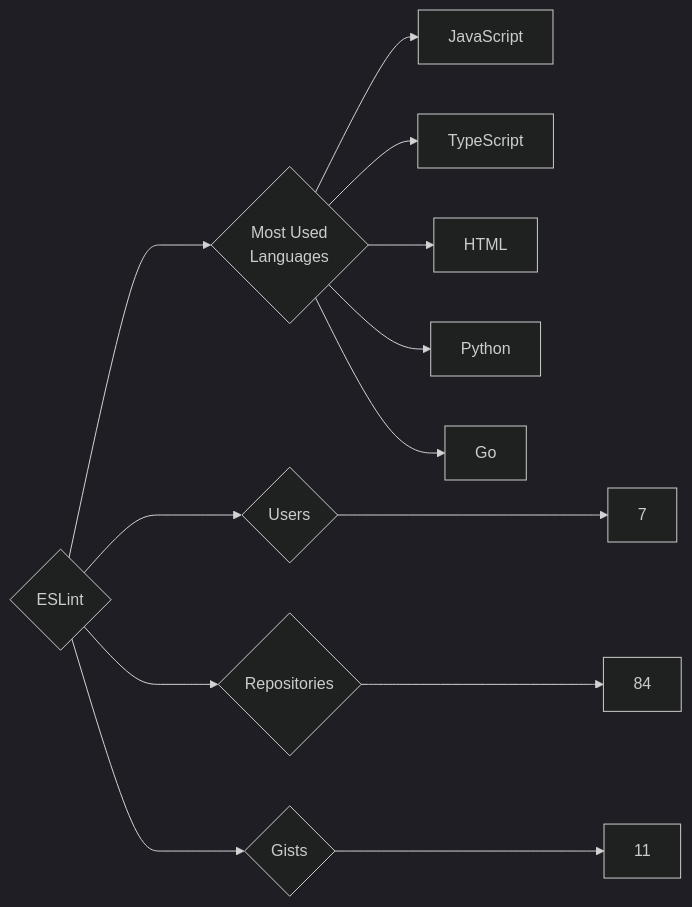
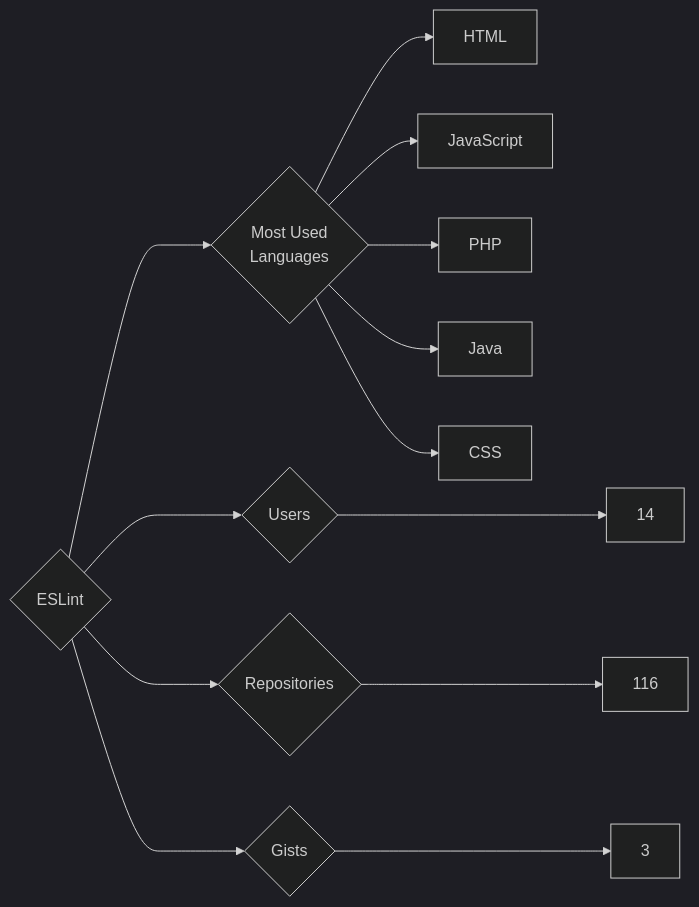
The diagram in targets/ESLint/README.md (trickest/insiders), drawn with Mermaid (dark theme) before and after one commit. The commit also changed 1149 other files, not shown here.

````diff
--- a/targets/ESLint/README.md
+++ b/targets/ESLint/README.md
@@ -3,13 +3,13 @@
 ```mermaid
 graph LR
 COMPANY_NAME{ESLint}
-COMPANY_NAME ---> U{Users} ---> UN[7]
-COMPANY_NAME ---> R{Repositories} ---> RN[84]
-COMPANY_NAME ---> G{Gists} ---> GN[11]
+COMPANY_NAME ---> U{Users} ---> UN[14]
+COMPANY_NAME ---> R{Repositories} ---> RN[116]
+COMPANY_NAME ---> G{Gists} ---> GN[3]
 COMPANY_NAME ---> ML{Most Used<br>Languages}
+ML --> HTML[HTML]
 ML --> JavaScript[JavaScript]
-ML --> TypeScript[TypeScript]
-ML --> HTML[HTML]
-ML --> Python[Python]
-ML --> Go[Go]
+ML --> PHP[PHP]
+ML --> Java[Java]
+ML --> CSS[CSS]
 ```
````
